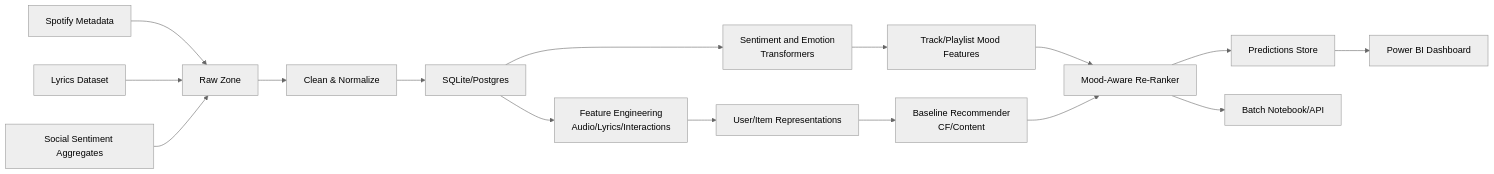
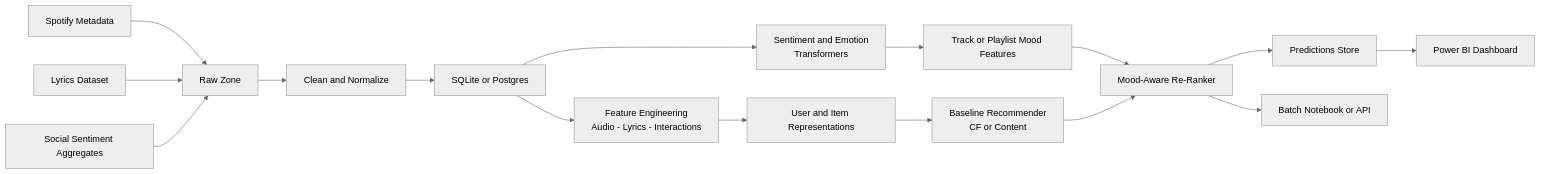
One commit to ivl-3000/mood-spotify-ml changed the diagram in docs/diagrams/mood_reco_workflow.mmd. Above: the diagram before and after it, drawn with Mermaid (neutral theme). The commit also changed 1 other file, not shown here.

Commit message:
docs(mermaid): use <br/> and hyphens for GitHub compatibility

```diff
--- a/docs/diagrams/mood_reco_workflow.mmd
+++ b/docs/diagrams/mood_reco_workflow.mmd
@@ -1,27 +1,27 @@
 flowchart LR
   %% Ingestion
   SPOT[Spotify Metadata] --> RAW[Raw Zone]
   LYR[Lyrics Dataset] --> RAW
   SOC[Social Sentiment Aggregates] --> RAW
 
   %% Processing
-  RAW --> CLEAN[Clean & Normalize]
-  CLEAN --> SQL[SQLite/Postgres]
+  RAW --> CLEAN[Clean and Normalize]
+  CLEAN --> SQL[SQLite or Postgres]
 
   %% NLP
-  SQL --> NLP[Sentiment and Emotion\nTransformers]
-  NLP --> MOOD[Track/Playlist Mood Features]
+  SQL --> NLP[Sentiment and Emotion<br/>Transformers]
+  NLP --> MOOD[Track or Playlist Mood Features]
 
   %% Features
-  SQL --> FEATS[Feature Engineering\nAudio/Lyrics/Interactions]
-  FEATS --> REPRS[User/Item Representations]
+  SQL --> FEATS[Feature Engineering<br/>Audio - Lyrics - Interactions]
+  FEATS --> REPRS[User and Item Representations]
 
   %% Modeling
-  REPRS --> BASE[Baseline Recommender\nCF/Content]
+  REPRS --> BASE[Baseline Recommender<br/>CF or Content]
   MOOD --> RERANK[Mood-Aware Re-Ranker]
   BASE --> RERANK
 
   %% Serving
   RERANK --> PRED[Predictions Store]
   PRED --> DASH[Power BI Dashboard]
-  RERANK --> NB[Batch Notebook/API]
+  RERANK --> NB[Batch Notebook or API]
```
